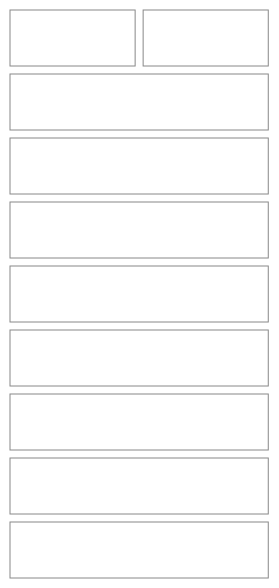
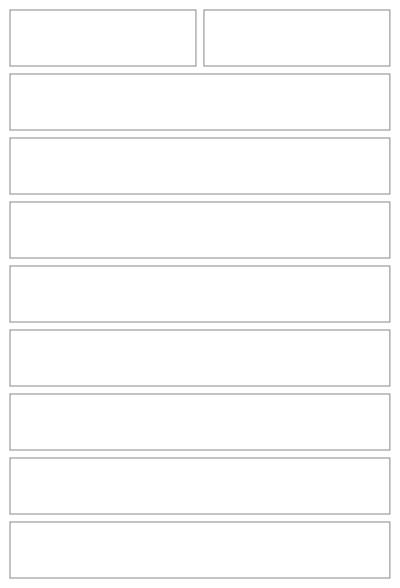
Diagram 29 of 54 in src/apps/pinch/UX.md (NovaMoonX/moondreams-dev-apps), drawn with Mermaid before and after one commit. The commit also changed other lines of this file, not shown here.

````diff
--- a/src/apps/pinch/UX.md
+++ b/src/apps/pinch/UX.md
@@ -986,25 +986,25 @@
 ```mermaid
 %%{init: {'theme': 'base', 'themeVariables': {'primaryColor': 'transparent', 'primaryBorderColor': '#888888', 'primaryTextColor': '#333333', 'lineColor': '#888888'}}}%%
 block-beta
   columns 2
   L1["Shopping"]:1
   L3["+ Add"]:1
   L2b["To buy · 7  |  Got it · 2  |  All · 9"]:2
-  L4["About $12.40 for 6 of 7 things ⚠"]:2
   L4b["🔍 Search your list  (from 8 things)"]:2
+  L4["About $12.40 for 6 of 7 things ⚠  (only with a figure)"]:2
   L5["— Meat & fish —"]:2
   L6["☐ Chicken breast ›<br/>1 lb"]:2
   L7["☐ Chicken thigh ›<br/>2 lb"]:2
   L8["— Pantry —"]:2
   L9["☐ Soy sauce ›<br/>0.25 cup"]:2
   style L1 fill:transparent,stroke:#888888,stroke-width:1px;
   style L3 fill:transparent,stroke:#888888,stroke-width:1px;
   style L4 fill:transparent,stroke:#888888,stroke-width:1px;
   style L4b fill:transparent,stroke:#888888,stroke-width:1px;
   style L5 fill:transparent,stroke:#888888,stroke-width:1px;
   style L6 fill:transparent,stroke:#888888,stroke-width:1px;
   style L7 fill:transparent,stroke:#888888,stroke-width:1px;
   style L8 fill:transparent,stroke:#888888,stroke-width:1px;
   style L9 fill:transparent,stroke:#888888,stroke-width:1px;
   style L2b fill:transparent,stroke:#888888,stroke-width:1px;
 ```
````
